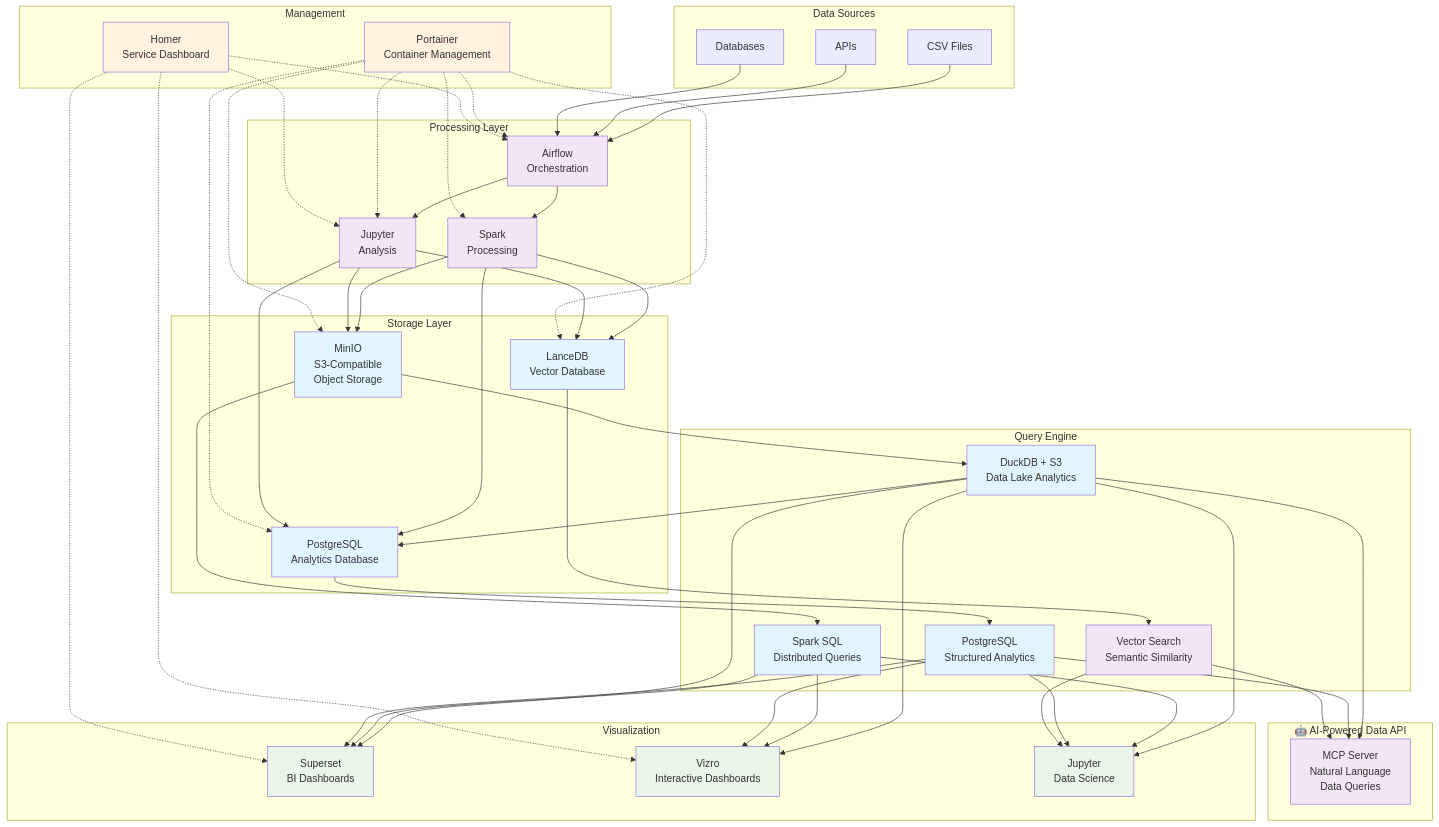
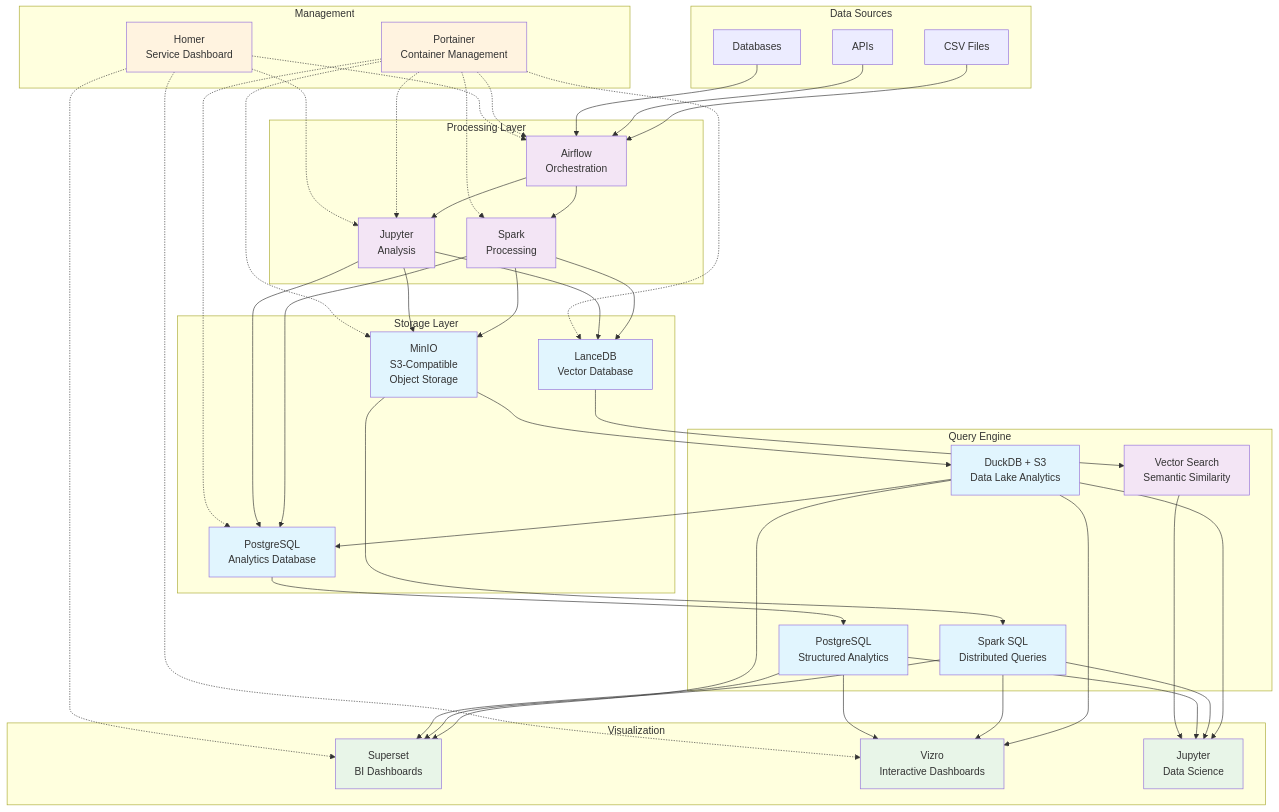
The diagram in README.md (karstom/lakehouse-lab), drawn with Mermaid before and after one commit. The commit also changed other lines of this file and 13 other files, not shown here.

First line of the commit message:
Remove MCP server completely from codebase

````diff
--- a/README.md
+++ b/README.md
@@ -357,10 +353,6 @@
         DS1[CSV Files]
         DS2[APIs] 
         DS3[Databases]
-    end
-    
-    subgraph "🤖 AI-Powered Data API"
-        MCP[MCP Server<br/>Natural Language<br/>Data Queries]
     end
     
     subgraph "Processing Layer"
@@ -412,16 +404,13 @@
     DU --> SU
     DU --> VZ
     DU --> JD
-    DU --> MCP
     SS --> SU
     SS --> VZ
     SS --> JD
     PA --> SU
     PA --> VZ
     PA --> JD
-    PA --> MCP
     VS --> JD
-    VS --> MCP
     DU --> PG
     
     %% Management connections
@@ -446,6 +435,6 @@
     class AF,SP,JU processing
     class SU,VZ,JD visualization
     class PO,HO management
-    class MCP,VS ai
+    class VS ai
     class DU,SS,PA storage
 ```
````
